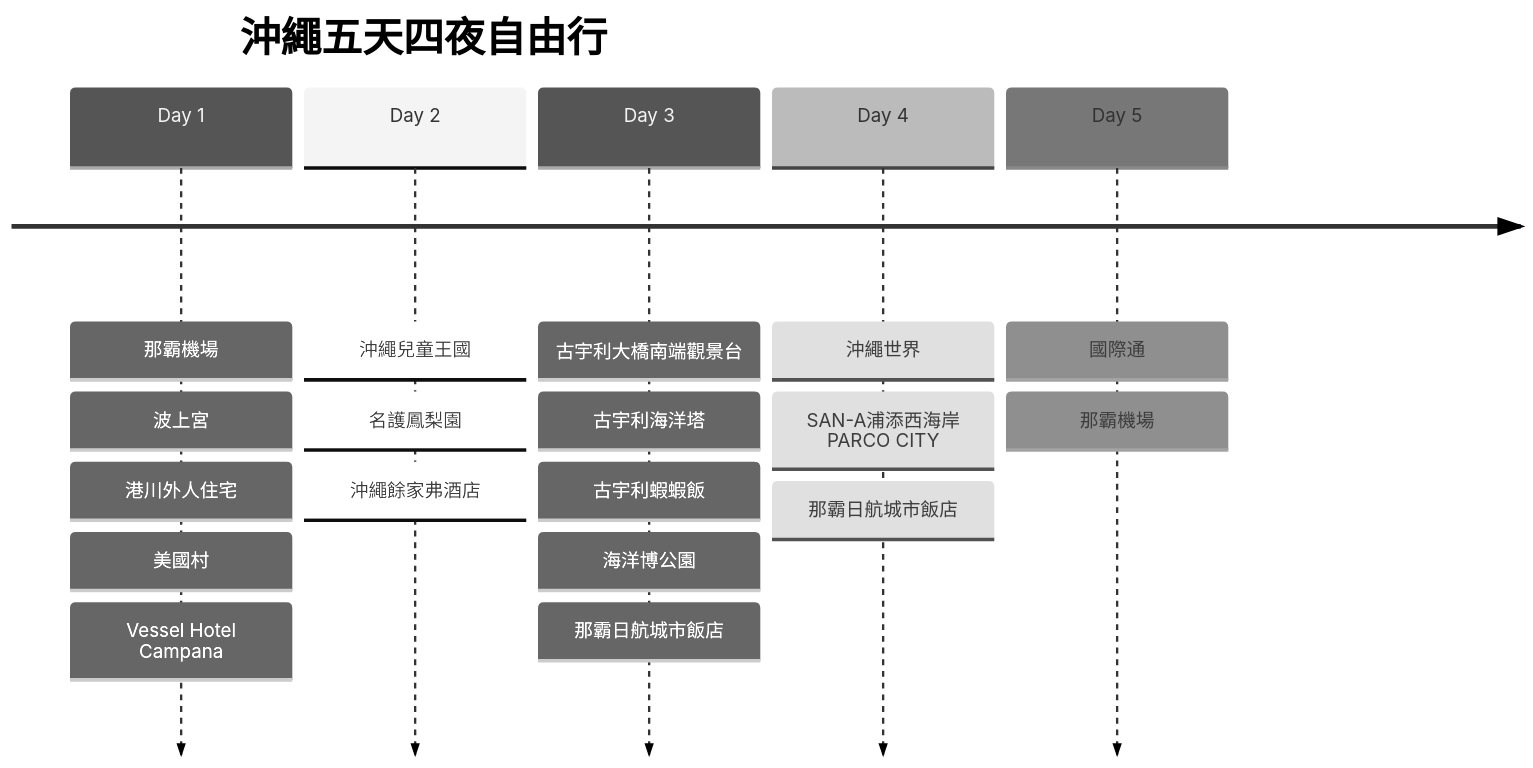
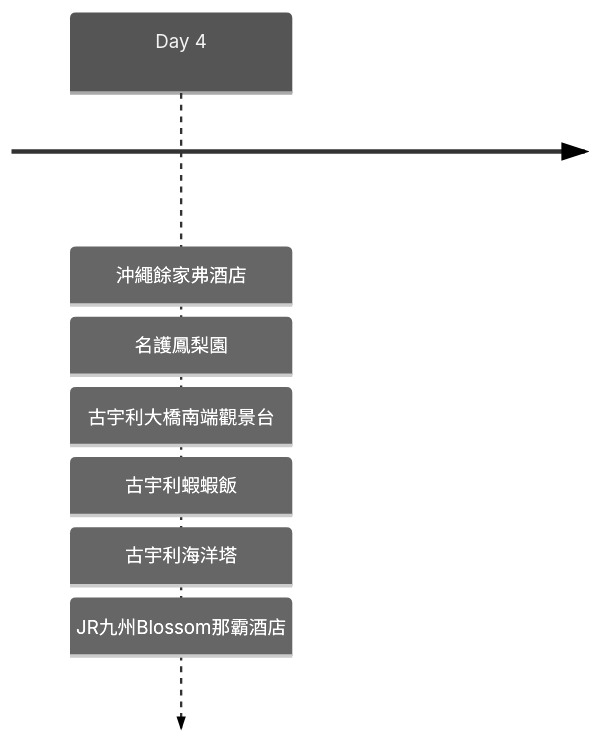
The fourth of 12 diagrams in docs/blog/posts/okinawa/okinawa-2024-12/okinawa-2024-12.md (wilder640/trip), drawn with Mermaid (neutral theme) before and after one commit. The commit also changed other lines of this file and 12 other files, not shown here.

````diff
--- a/docs/blog/posts/okinawa/okinawa-2024-12/okinawa-2024-12.md
+++ b/docs/blog/posts/okinawa/okinawa-2024-12/okinawa-2024-12.md
@@ -29,9 +58,4 @@
-``` mermaid
-timeline
-    title 沖繩五天四夜自由行
-    Day 1 : 那霸機場 : 波上宮 : 港川外人住宅 : 美國村 : Vessel Hotel Campana
-    Day 2 : 沖繩兒童王國 : 名護鳳梨園 : 沖繩餘家弗酒店
-    Day 3 : 古宇利大橋南端觀景台 : 古宇利海洋塔 : 古宇利蝦蝦飯 : 海洋博公園 : 那霸日航城市飯店
-    Day 4 : 沖繩世界 : SAN-A浦添西海岸 PARCO CITY : 那霸日航城市飯店
-    Day 5 : 國際通 : 那霸機場
-```
+    ``` mermaid
+    timeline
+        Day 4 : 沖繩餘家弗酒店 : 名護鳳梨園 : 古宇利大橋南端觀景台 : 古宇利蝦蝦飯 : 古宇利海洋塔 : JR九州Blossom那霸酒店
+    ```
````
